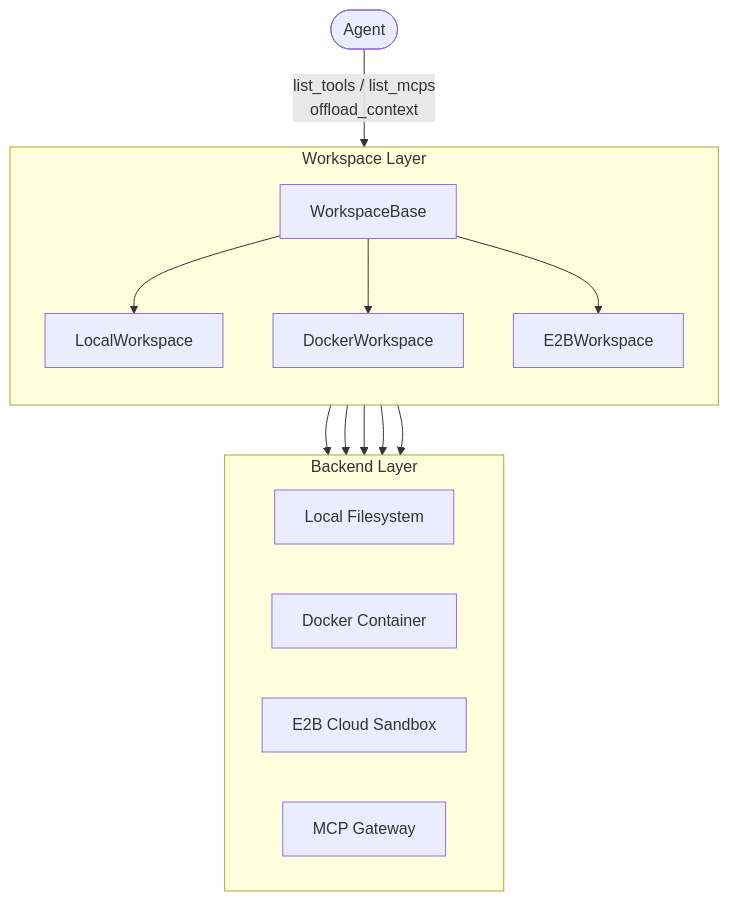
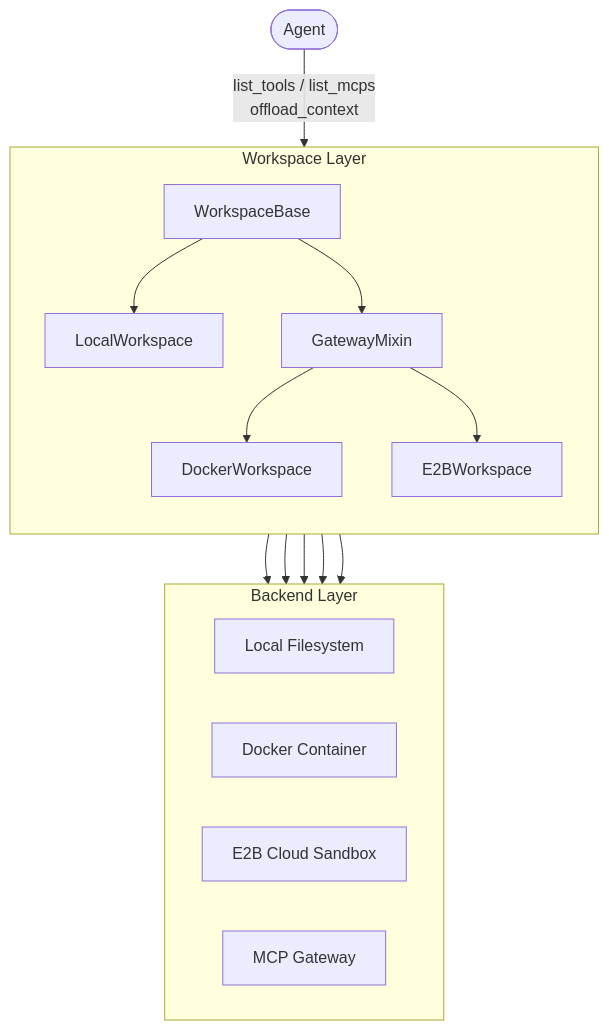
One commit to Osier-Yi/docs changed the first of 6 diagrams in v2/building-blocks/workspace.mdx. Above: the diagram before and after it, drawn with Mermaid. The commit also changed other lines of this file, not shown here.

````diff
--- a/v2/building-blocks/workspace.mdx
+++ b/v2/building-blocks/workspace.mdx
@@ -27,30 +27,32 @@
 ```mermaid
 flowchart TB
     Agent([Agent])
 
     subgraph Workspace ["Workspace Layer"]
         direction TB
         WB[WorkspaceBase]
         LW[LocalWorkspace]
+        GM[GatewayMixin]
         DW[DockerWorkspace]
         EW[E2BWorkspace]
         WB --> LW
-        WB --> DW
-        WB --> EW
+        WB --> GM
+        GM --> DW
+        GM --> EW
     end
 
     subgraph Backend ["Backend Layer"]
         direction LR
         FS[Local Filesystem]
         Docker[Docker Container]
         E2B[E2B Cloud Sandbox]
         GW[MCP Gateway]
     end
 
     Agent -- "list_tools / list_mcps\noffload_context" --> Workspace
     LW --> FS
     DW --> Docker
     EW --> E2B
     DW --> GW
     EW --> GW
 ```
````
